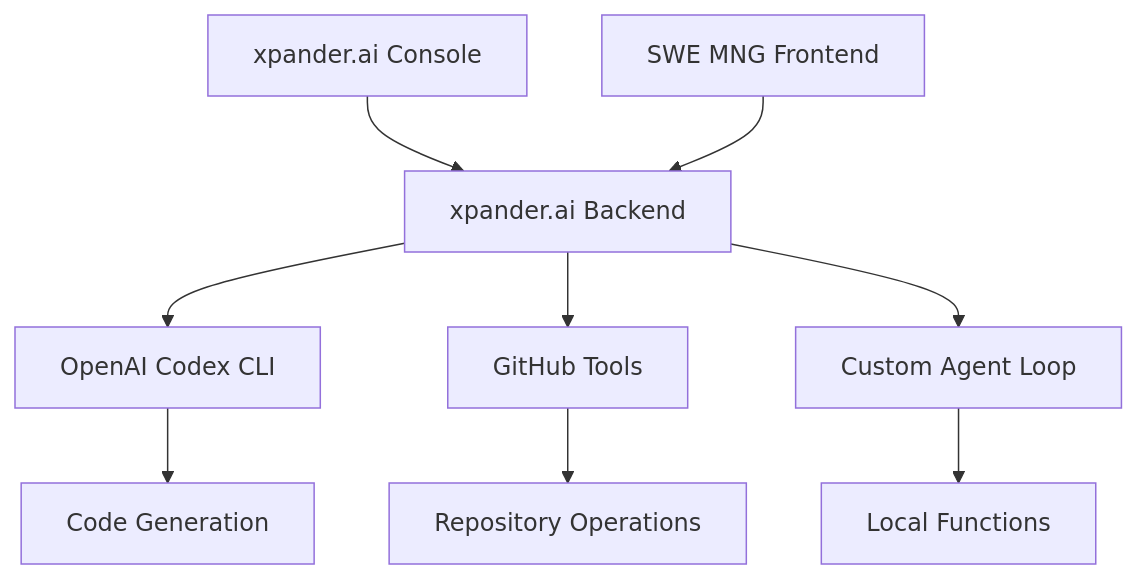
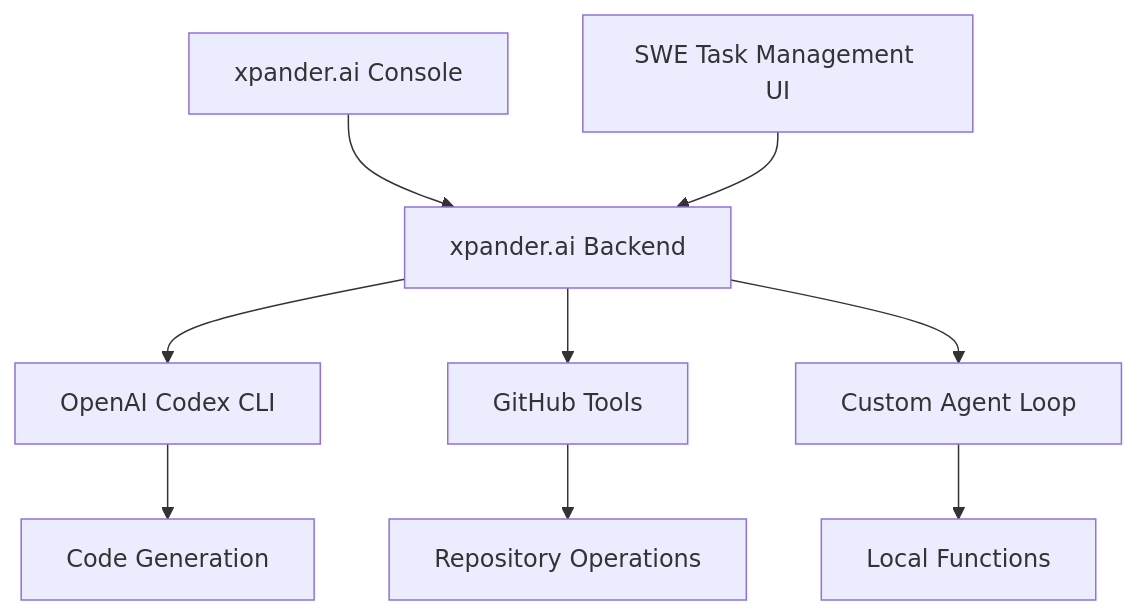
The diagram in workshops/swe-cloud-agent-workshop/index.mdx (xpander-ai/docs), drawn with Mermaid before and after one commit. The commit also changed other lines of this file and 4 other files, not shown here.

````diff
--- a/workshops/swe-cloud-agent-workshop/index.mdx
+++ b/workshops/swe-cloud-agent-workshop/index.mdx
@@ -24,11 +24,11 @@
 ```mermaid
 graph TB
     X[xpander.ai Console] --> B[xpander.ai Backend]
-    A[SWE MNG Frontend] --> B[xpander.ai Backend]
+    A[SWE Task Management UI] --> B[xpander.ai Backend]
     B --> C[OpenAI Codex CLI]
     B --> D[GitHub Tools]
     B --> E[Custom Agent Loop]
     C --> F[Code Generation]
     D --> G[Repository Operations]
     E --> H[Local Functions]
 ```
````
